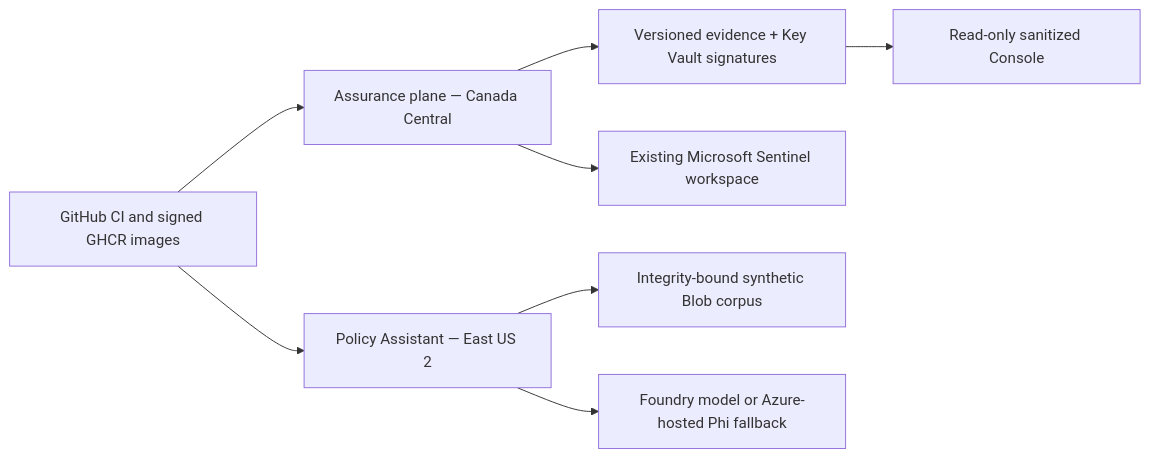
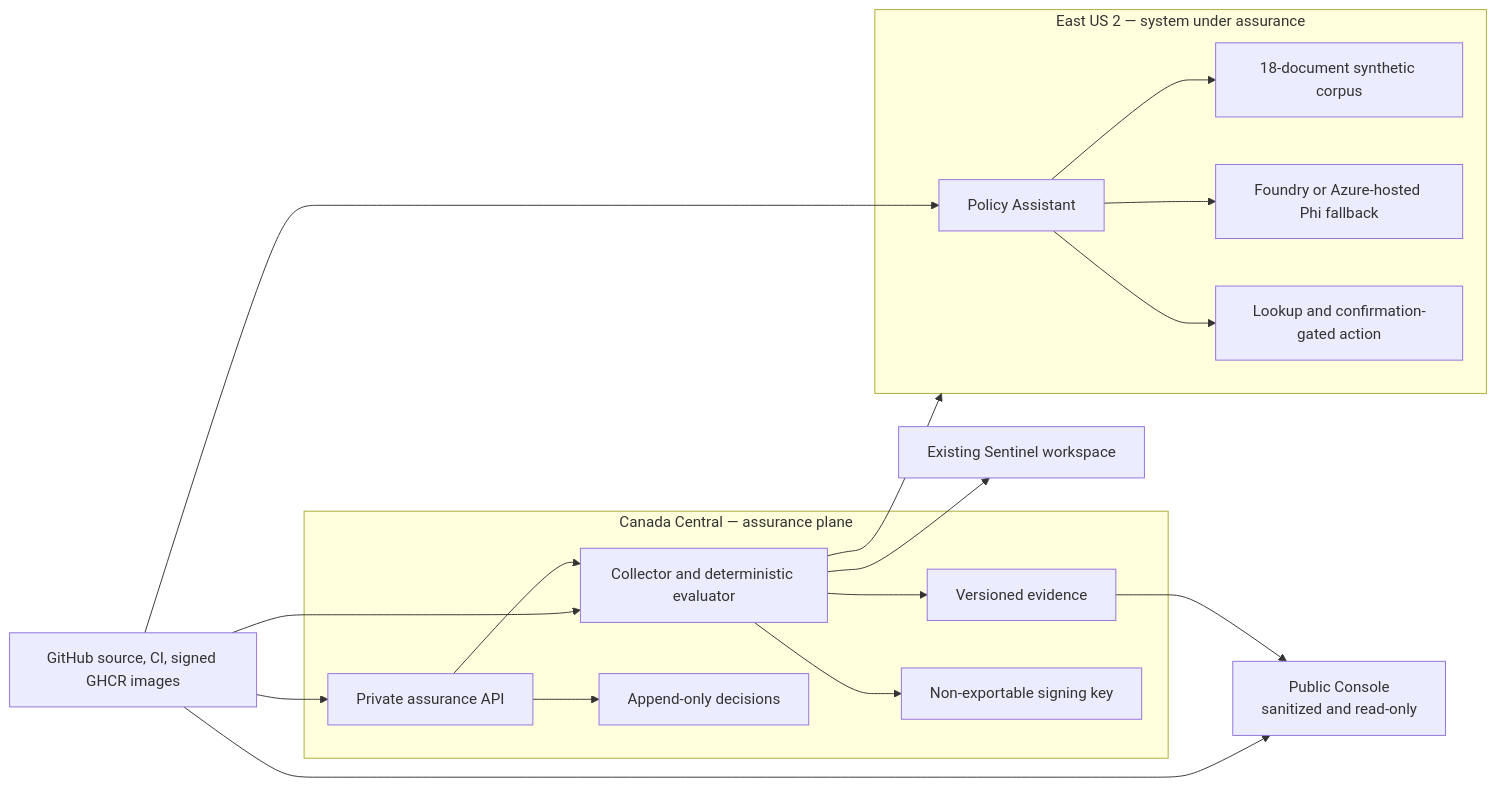
One commit to ymangt/azure-ai-continuous-assurance changed the second of 2 diagrams in README.md. Above: the diagram before and after it, drawn with Mermaid. The commit also changed other lines of this file, not shown here.

Commit message:
Rewrite README as product and assurance guide

````diff
--- a/README.md
+++ b/README.md
@@ -19,10 +591,37 @@
 ```mermaid
 flowchart LR
-  GH["GitHub CI and signed GHCR images"] --> Control["Assurance plane — Canada Central"]
-  GH --> SUT["Policy Assistant — East US 2"]
-  Control --> Evidence["Versioned evidence + Key Vault signatures"]
-  Control --> Sentinel["Existing Microsoft Sentinel workspace"]
-  SUT --> Corpus["Integrity-bound synthetic Blob corpus"]
-  SUT --> Model["Foundry model or Azure-hosted Phi fallback"]
-  Evidence --> Public["Read-only sanitized Console"]
+  Repo["GitHub source, CI, signed GHCR images"]
+  Public["Public Console<br/>sanitized and read-only"]
+
+  subgraph Control["Canada Central — assurance plane"]
+    API["Private assurance API"]
+    Job["Collector and deterministic evaluator"]
+    Evidence["Versioned evidence"]
+    Decisions["Append-only decisions"]
+    Key["Non-exportable signing key"]
+  end
+
+  subgraph SUT["East US 2 — system under assurance"]
+    Assistant["Policy Assistant"]
+    Corpus["18-document synthetic corpus"]
+    Model["Foundry or Azure-hosted Phi fallback"]
+    Tool["Lookup and confirmation-gated action"]
+  end
+
+  Sentinel["Existing Sentinel workspace"]
+
+  Repo --> API
+  Repo --> Job
+  Repo --> Assistant
+  Repo --> Public
+  API --> Decisions
+  API --> Job
+  Job --> Evidence
+  Job --> Key
+  Job --> SUT
+  Job --> Sentinel
+  Assistant --> Corpus
+  Assistant --> Model
+  Assistant --> Tool
+  Evidence --> Public
 ```
````
